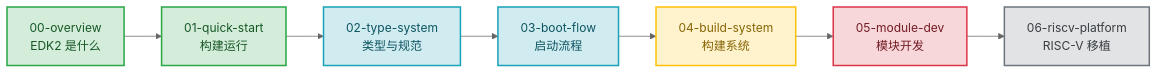
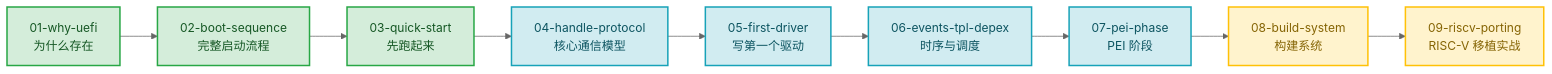
Before and after one commit to swjtuer326/cs-learning-notes: the diagram in edk2/README.md, drawn with Mermaid. The commit also changed other lines of this file and 16 other files, not shown here.

````diff
--- a/edk2/README.md
+++ b/edk2/README.md
@@ -19,24 +19,22 @@
 ```mermaid
 %%{init: {"theme": "base", "themeVariables": {"primaryColor": "#ECECFF", "primaryTextColor": "#333333", "primaryBorderColor": "#9370DB", "lineColor": "#666666", "secondaryColor": "#ffffde", "secondaryBorderColor": "#aaaa33", "tertiaryColor": "#f0f0f0", "fontFamily": "\"trebuchet ms\", verdana, arial, sans-serif"}}}%%
 flowchart LR
-    P1["00-overview<br/>EDK2 是什么"]
-    P2["01-quick-start<br/>构建运行"]
-    P3["02-type-system<br/>类型与规范"]
-    P4["03-boot-flow<br/>启动流程"]
-    P5["04-build-system<br/>构建系统"]
-    P6["05-module-dev<br/>模块开发"]
-    P7["06-riscv-platform<br/>RISC-V 移植"]
+    P1["01-why-uefi<br/>为什么存在"]
+    P2["02-boot-sequence<br/>完整启动流程"]
+    P3["03-quick-start<br/>先跑起来"]
+    P4["04-handle-protocol<br/>核心通信模型"]
+    P5["05-first-driver<br/>写第一个驱动"]
+    P6["06-events-tpl-depex<br/>时序与调度"]
+    P7["07-pei-phase<br/>PEI 阶段"]
+    P8["08-build-system<br/>构建系统"]
+    P9["09-riscv-porting<br/>RISC-V 移植实战"]
 
-    P1 --> P2 --> P3 --> P4 --> P5 --> P6 --> P7
+    P1 --> P2 --> P3 --> P4 --> P5 --> P6 --> P7 --> P8 --> P9
 
     classDef phase1 fill:#d4edda,stroke:#28a745,color:#155724,stroke-width:2px
     classDef phase2 fill:#d1ecf1,stroke:#17a2b8,color:#0c5460,stroke-width:2px
     classDef phase3 fill:#fff3cd,stroke:#ffc107,color:#856404,stroke-width:2px
-    classDef phase4 fill:#f8d7da,stroke:#dc3545,color:#721c24,stroke-width:2px
-    classDef phase5 fill:#e2e3e5,stroke:#6c757d,color:#383d41,stroke-width:2px
-    class P1,P2 phase1
-    class P3,P4 phase2
-    class P5 phase3
-    class P6 phase4
-    class P7 phase5
+    class P1,P2,P3 phase1
+    class P4,P5,P6,P7 phase2
+    class P8,P9 phase3
 ```
````
